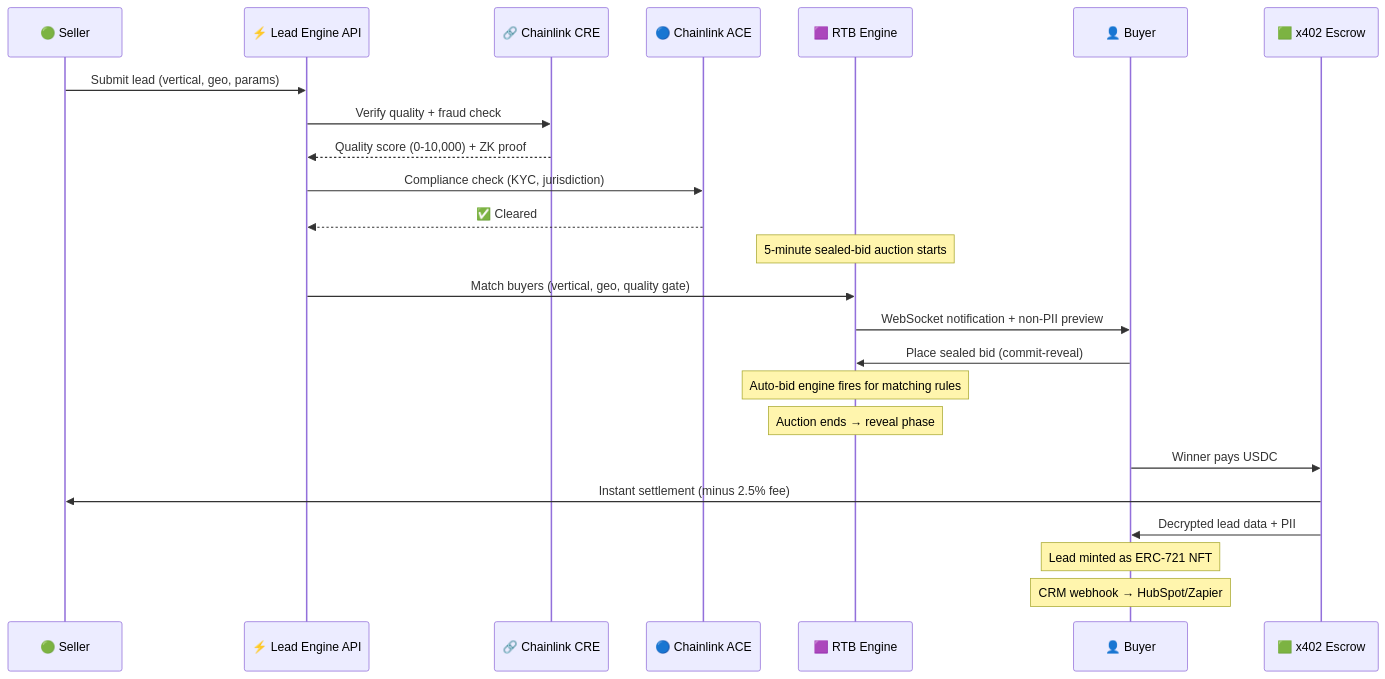
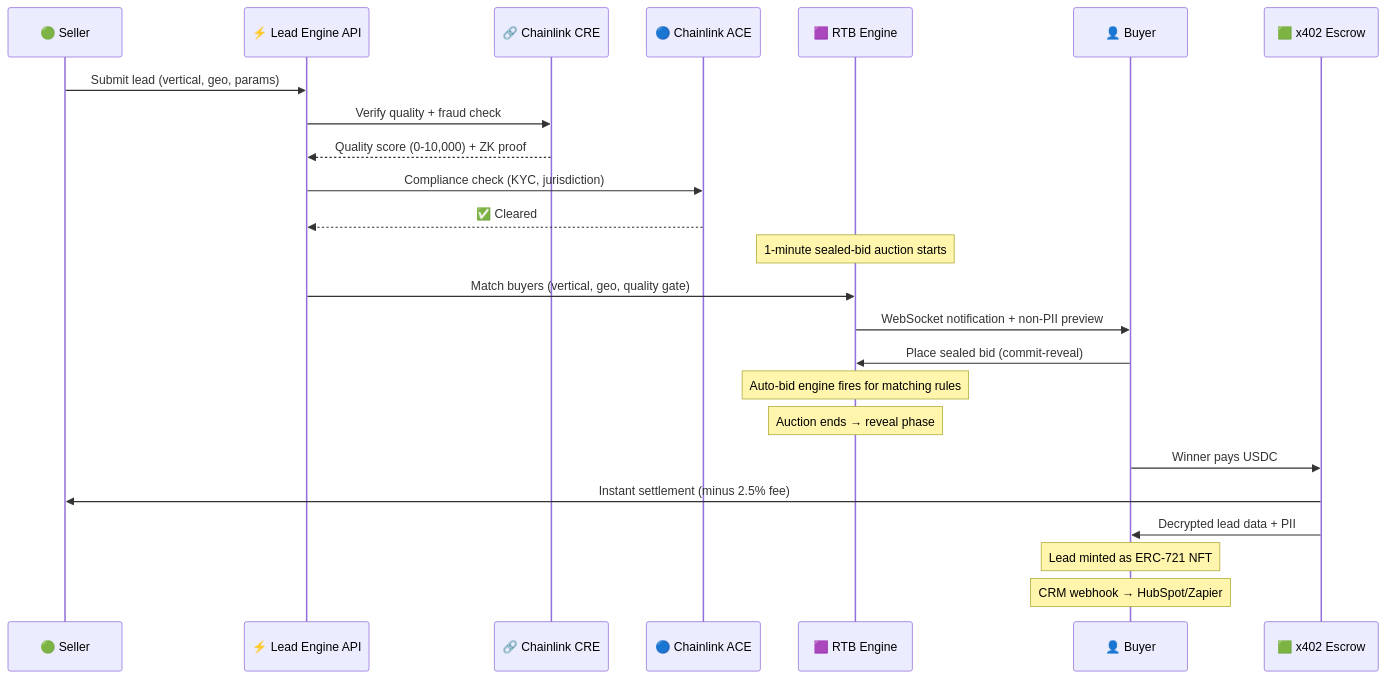
One commit to bnmbnmai/lead-engine-cre changed the first of 2 diagrams in README.md. Above: the diagram before and after it, drawn with Mermaid. The commit also changed other lines of this file, not shown here.

Commit message:
docs: change 5-minute to 1-minute sealed-bid auctions across README

````diff
--- a/README.md
+++ b/README.md
@@ -55,32 +55,32 @@
 ```mermaid
 sequenceDiagram
     participant S as 🟢 Seller
     participant API as ⚡ Lead Engine API
     participant CRE as 🔗 Chainlink CRE
     participant ACE as 🔵 Chainlink ACE
     participant RTB as 🟪 RTB Engine
     participant B as 👤 Buyer
     participant X as 🟩 x402 Escrow
 
     S->>API: Submit lead (vertical, geo, params)
     API->>CRE: Verify quality + fraud check
     CRE-->>API: Quality score (0-10,000) + ZK proof
     API->>ACE: Compliance check (KYC, jurisdiction)
     ACE-->>API: ✅ Cleared
 
-    Note over RTB: 5-minute sealed-bid auction starts
+    Note over RTB: 1-minute sealed-bid auction starts
 
     API->>RTB: Match buyers (vertical, geo, quality gate)
     RTB->>B: WebSocket notification + non-PII preview
     B->>RTB: Place sealed bid (commit-reveal)
 
     Note over RTB: Auto-bid engine fires for matching rules
     Note over RTB: Auction ends → reveal phase
 
     B->>X: Winner pays USDC
     X->>S: Instant settlement (minus 2.5% fee)
     X->>B: Decrypted lead data + PII
 
     Note over B: Lead minted as ERC-721 NFT
     Note over B: CRM webhook → HubSpot/Zapier
 ```
````
